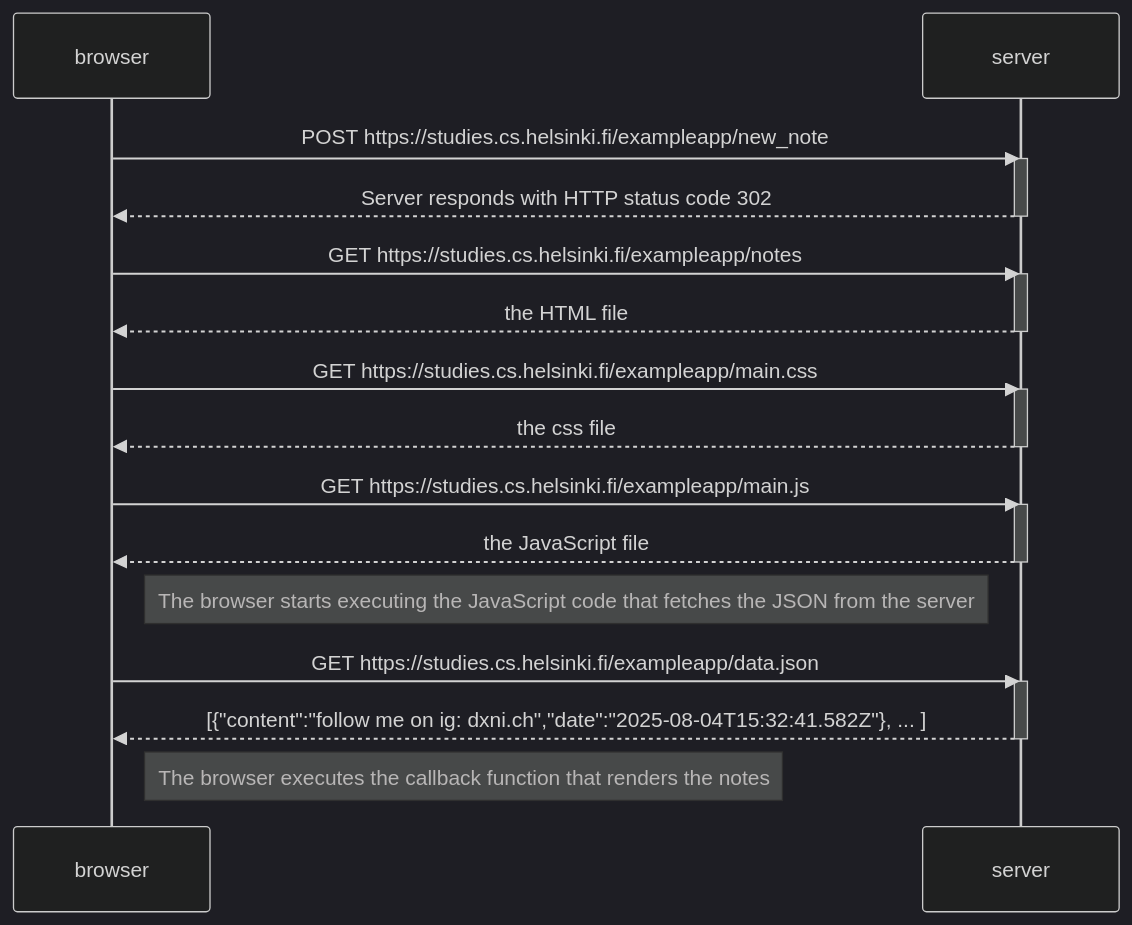
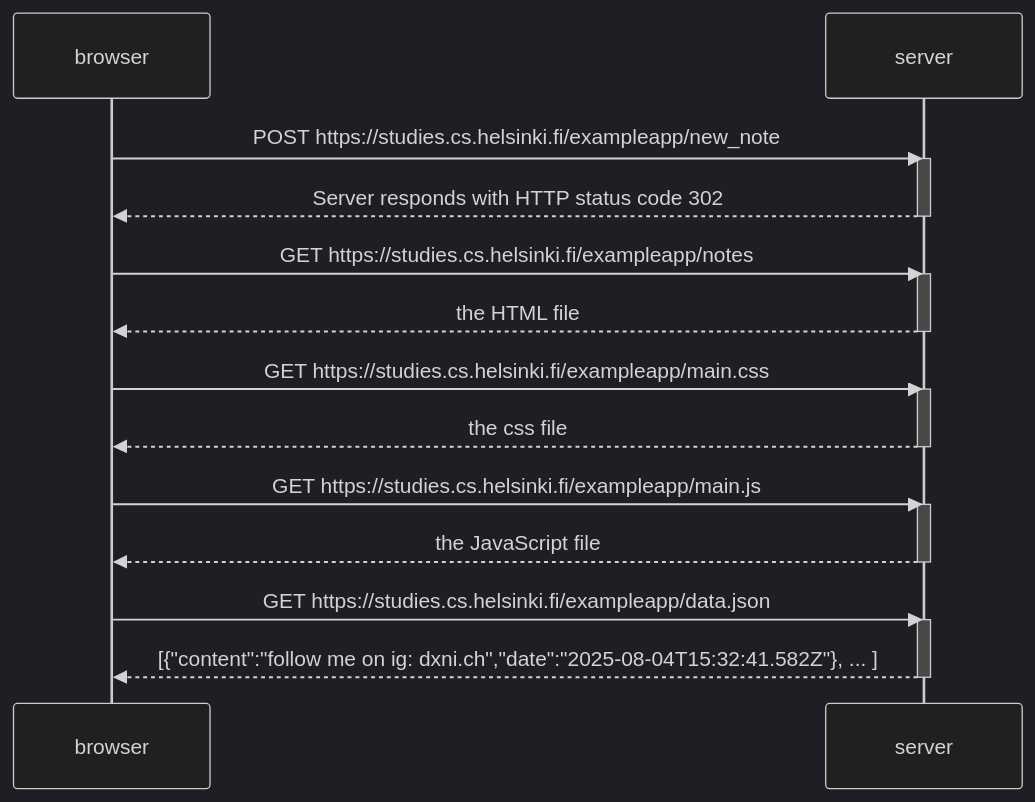
The diagram in part0/0.4.md (MeheYoru/fullstackopen), drawn with Mermaid (dark theme) before and after one commit.

````diff
--- a/part0/0.4.md
+++ b/part0/0.4.md
@@ -1,34 +1,30 @@
 ```mermaid
 sequenceDiagram
     participant browser
     participant server
 
     browser->>server: POST https://studies.cs.helsinki.fi/exampleapp/new_note
     activate server
     server-->>browser: Server responds with HTTP status code 302
     deactivate server
 
     browser->>server: GET https://studies.cs.helsinki.fi/exampleapp/notes
     activate server
     server-->>browser: the HTML file
     deactivate server
 
     browser->>server: GET https://studies.cs.helsinki.fi/exampleapp/main.css
     activate server
     server-->>browser: the css file
     deactivate server
 
     browser->>server: GET https://studies.cs.helsinki.fi/exampleapp/main.js
     activate server
     server-->>browser: the JavaScript file
     deactivate server
 
-    Note right of browser: The browser starts executing the JavaScript code that fetches the JSON from the server
-
     browser->>server: GET https://studies.cs.helsinki.fi/exampleapp/data.json
     activate server
     server-->>browser: [{"content":"follow me on ig: dxni.ch","date":"2025-08-04T15:32:41.582Z"}, ... ]
     deactivate server
-
-    Note right of browser: The browser executes the callback function that renders the notes
 ```
````
